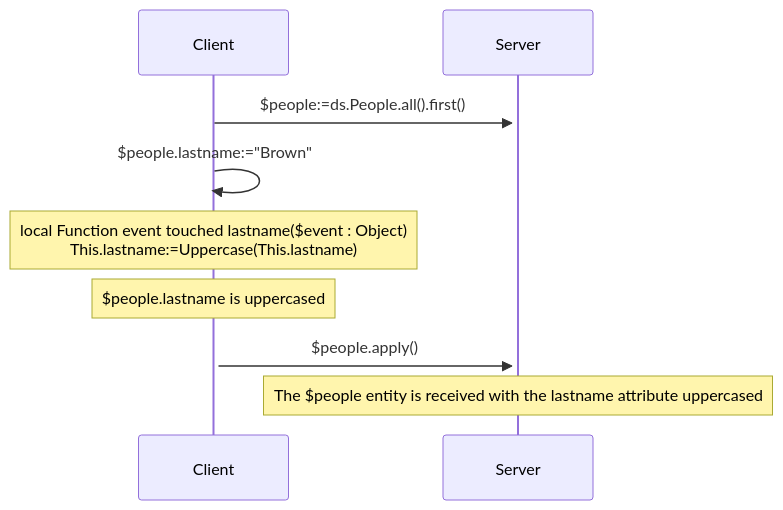
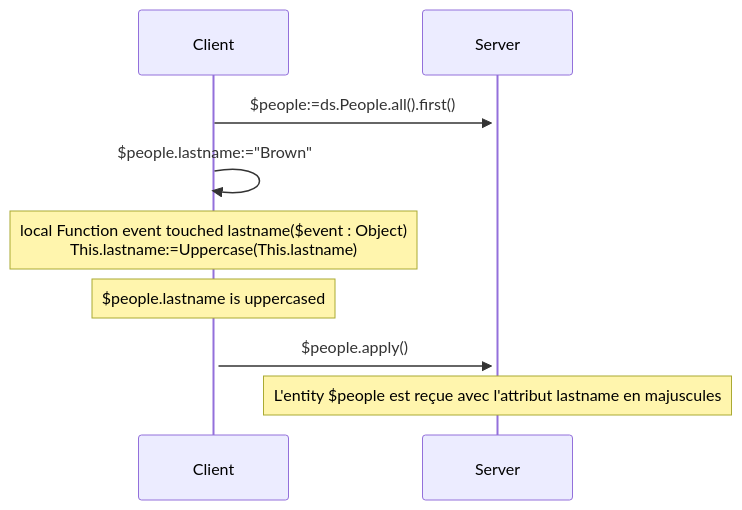
Before and after one commit to 4d/docs: the first of 3 diagrams in i18n/fr/docusaurus-plugin-content-docs/current/ORDA/orda-events.md, drawn with Mermaid. The commit also changed other lines of this file and 19078 other files, not shown here.

````diff
--- a/i18n/fr/docusaurus-plugin-content-docs/current/ORDA/orda-events.md
+++ b/i18n/fr/docusaurus-plugin-content-docs/current/ORDA/orda-events.md
@@ -255,16 +255,16 @@
 ```mermaid
 
 sequenceDiagram
 
     Client->>+Server: $people:=ds.People.all().first()
 
     Client->>+Client: $people.lastname:="Brown"
    Note over Client: local Function event touched lastname($event : Object) <br>  This.lastname:=Uppercase(This.lastname)
 
 Note over Client:$people.lastname is uppercased
 
     Client->>+Server: $people.apply()
    
-   Note over Server: The $people entity is received with the lastname attribute uppercased
+   Note over Server: L'entity $people est reçue avec l'attribut lastname en majuscules
 
 ```
````
